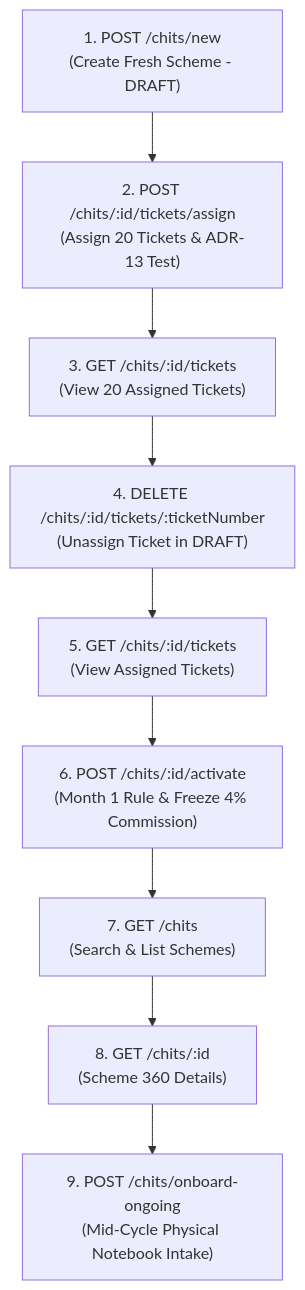
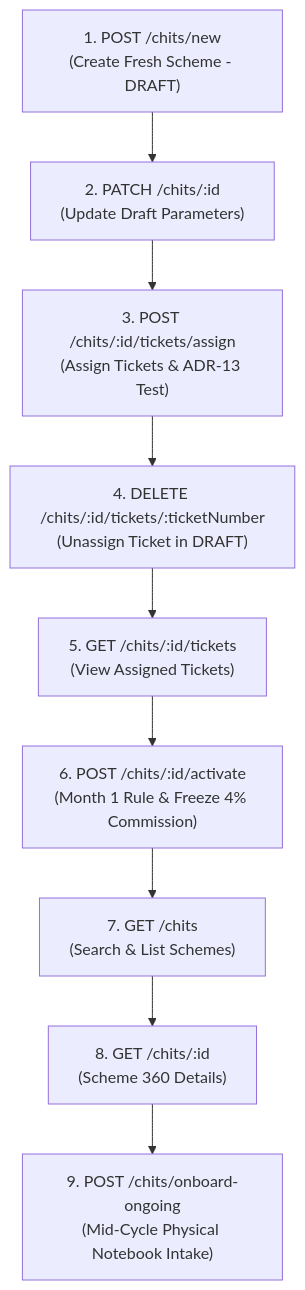
Before and after one commit to Kathir-24/Kumaran-finance: the diagram in apps/api/scripts/docs/lifecycle/lifecycle-3-live-execution-proof-report.md, drawn with Mermaid. The commit also changed other lines of this file and 4 other files, not shown here.

````diff
--- a/apps/api/scripts/docs/lifecycle/lifecycle-3-live-execution-proof-report.md
+++ b/apps/api/scripts/docs/lifecycle/lifecycle-3-live-execution-proof-report.md
@@ -16,11 +22,11 @@
 ```mermaid
 flowchart TD
-    A["1. POST /chits/new\n(Create Fresh Scheme - DRAFT)"] --> B["2. POST /chits/:id/tickets/assign\n(Assign 20 Tickets & ADR-13 Test)"]
-    B --> C["3. GET /chits/:id/tickets\n(View 20 Assigned Tickets)"]
+    A["1. POST /chits/new\n(Create Fresh Scheme - DRAFT)"] --> B["2. PATCH /chits/:id\n(Update Draft Parameters)"]
+    B --> C["3. POST /chits/:id/tickets/assign\n(Assign Tickets & ADR-13 Test)"]
     C --> D["4. DELETE /chits/:id/tickets/:ticketNumber\n(Unassign Ticket in DRAFT)"]
     D --> E["5. GET /chits/:id/tickets\n(View Assigned Tickets)"]
     E --> F["6. POST /chits/:id/activate\n(Month 1 Rule & Freeze 4% Commission)"]
     F --> G["7. GET /chits\n(Search & List Schemes)"]
     G --> H["8. GET /chits/:id\n(Scheme 360 Details)"]
     H --> I["9. POST /chits/onboard-ongoing\n(Mid-Cycle Physical Notebook Intake)"]
 ```
````
